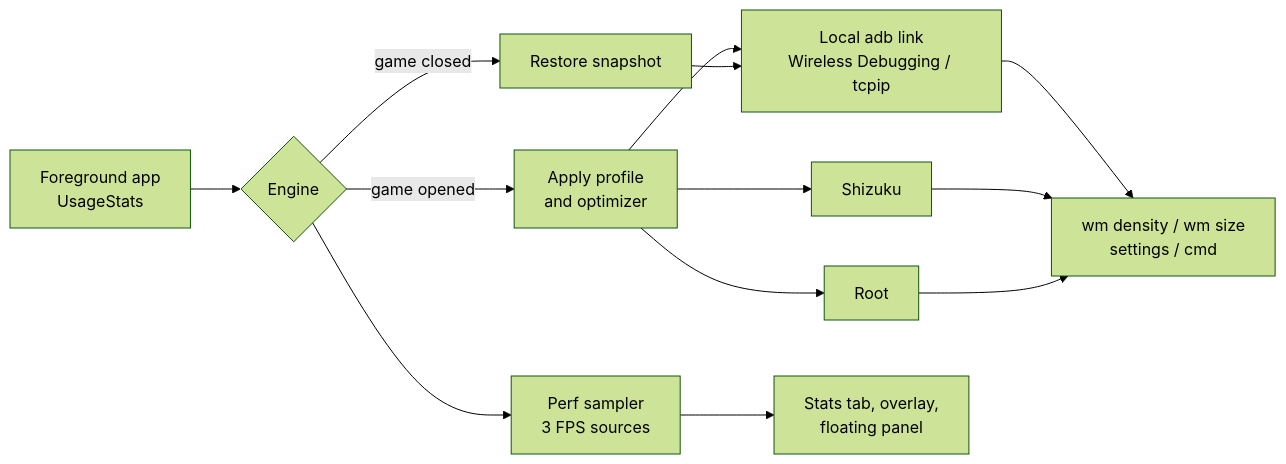
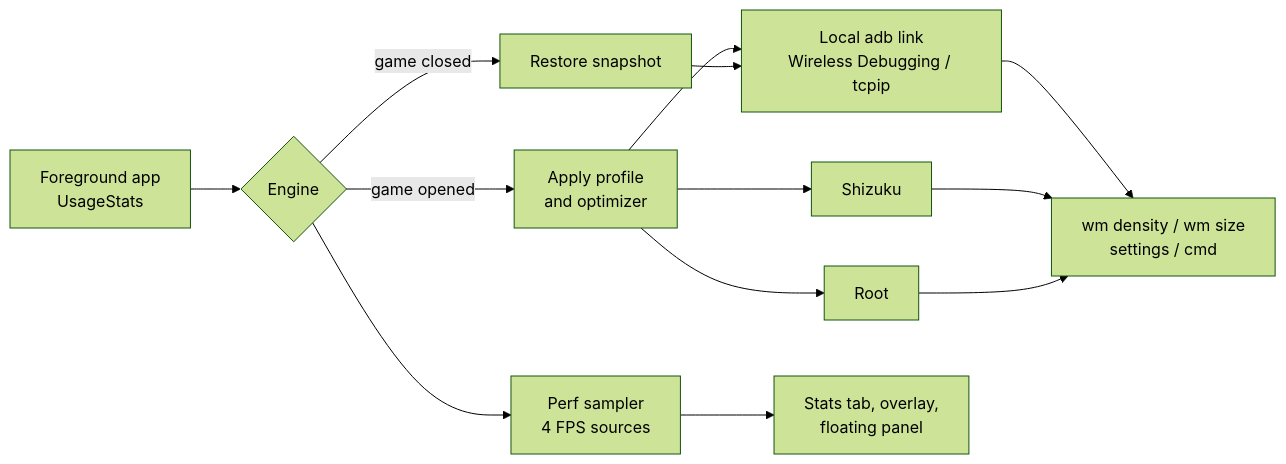
The diagram in README.md (Dhairya5607Y/Densify), drawn with Mermaid (forest theme) before and after one commit. The commit also changed other lines of this file and 7 other files, not shown here.

````diff
--- a/README.md
+++ b/README.md
@@ -132,15 +133,15 @@
 ```mermaid
 flowchart LR
     A[Foreground app<br/>UsageStats] --> B{Engine}
     B -->|game opened| C[Apply profile<br/>and optimizer]
     B -->|game closed| D[Restore snapshot]
     C --> E[Local adb link<br/>Wireless Debugging / tcpip]
     C --> F[Shizuku]
     C --> G[Root]
     D --> E
     E --> H[wm density / wm size<br/>settings / cmd]
     F --> H
     G --> H
-    B --> I[Perf sampler<br/>3 FPS sources]
+    B --> I[Perf sampler<br/>4 FPS sources]
     I --> J[Stats tab, overlay,<br/>floating panel]
 ```
````
